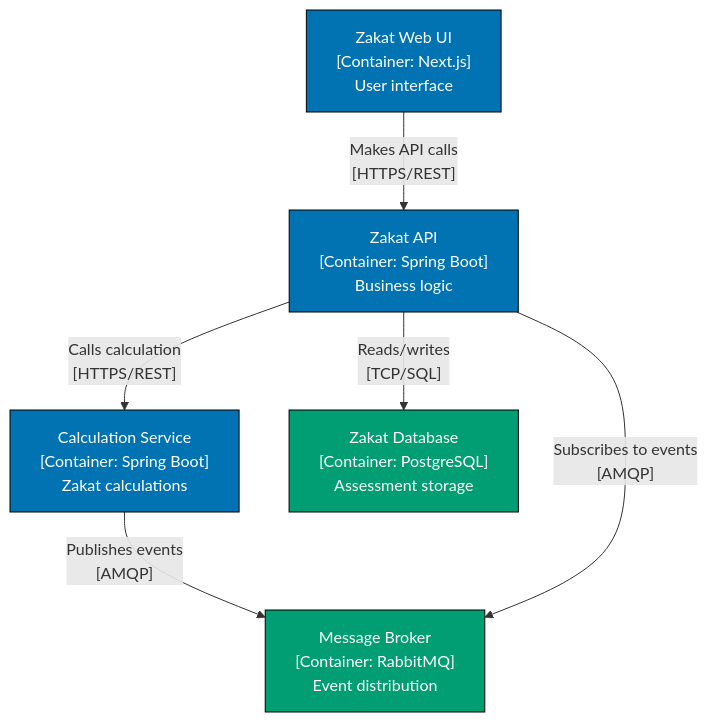
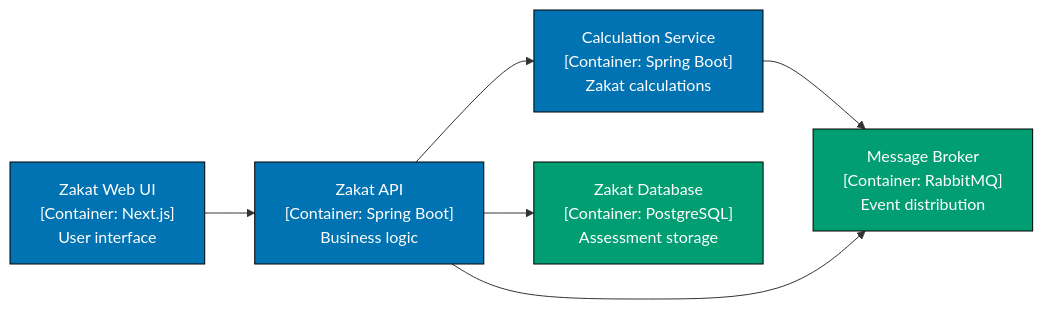
The third of 3 diagrams in docs/explanation/software-engineering/architecture/c4-architecture-model/diagram-standards.md (wahidyankf/open-sharia-enterprise), drawn with Mermaid before and after one commit. The commit also changed other lines of this file and 9 other files, not shown here.

First line of the commit message:
fix(docs): fix mermaid violations in architecture docs

````diff
--- a/docs/explanation/software-engineering/architecture/c4-architecture-model/diagram-standards.md
+++ b/docs/explanation/software-engineering/architecture/c4-architecture-model/diagram-standards.md
@@ -203,17 +203,17 @@
 ```mermaid
-graph TD
+graph LR
     Web["Zakat Web UI<br/>[Container: Next.js]<br/>User interface"]:::blue
     API["Zakat API<br/>[Container: Spring Boot]<br/>Business logic"]:::blue
     CalcService["Calculation Service<br/>[Container: Spring Boot]<br/>Zakat calculations"]:::blue
     DB["Zakat Database<br/>[Container: PostgreSQL]<br/>Assessment storage"]:::teal
     MQ["Message Broker<br/>[Container: RabbitMQ]<br/>Event distribution"]:::teal
 
-    Web -->|"Makes API calls<br/>[HTTPS/REST]"| API
-    API -->|"Reads/writes<br/>[TCP/SQL]"| DB
-    API -->|"Calls calculation<br/>[HTTPS/REST]"| CalcService
-    CalcService -->|"Publishes events<br/>[AMQP]"| MQ
-    API -->|"Subscribes to events<br/>[AMQP]"| MQ
+    Web --> API
+    API --> DB
+    API --> CalcService
+    CalcService --> MQ
+    API --> MQ
 
     classDef blue fill:#0173B2,stroke:#000,color:#FFF
     classDef teal fill:#029E73,stroke:#000,color:#FFF
 ```
````
